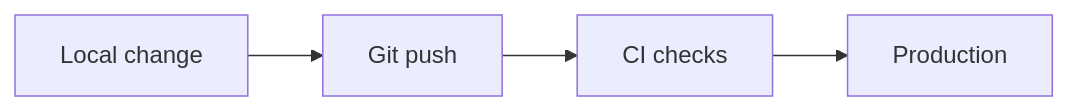
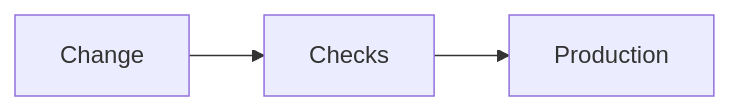
Before and after one commit to El-Sayed-Mustafa/visual-project-os: the diagram in kit/.project-brain/deployment.md, drawn with Mermaid. The commit also changed other lines of this file and 26 other files, not shown here.

Commit message:
Redesign viewer and add a writing budget: diagrams first, fewer words

````diff
--- a/kit/.project-brain/deployment.md
+++ b/kit/.project-brain/deployment.md
@@ -20,6 +13,4 @@
 ```mermaid
 flowchart LR
-  dev["Local change"] --> repo["Git push"]
-  repo --> ci["CI checks"]
-  ci --> prod["Production"]
+  dev["Change"] --> ci["Checks"] --> prod["Production"]
 ```
````
